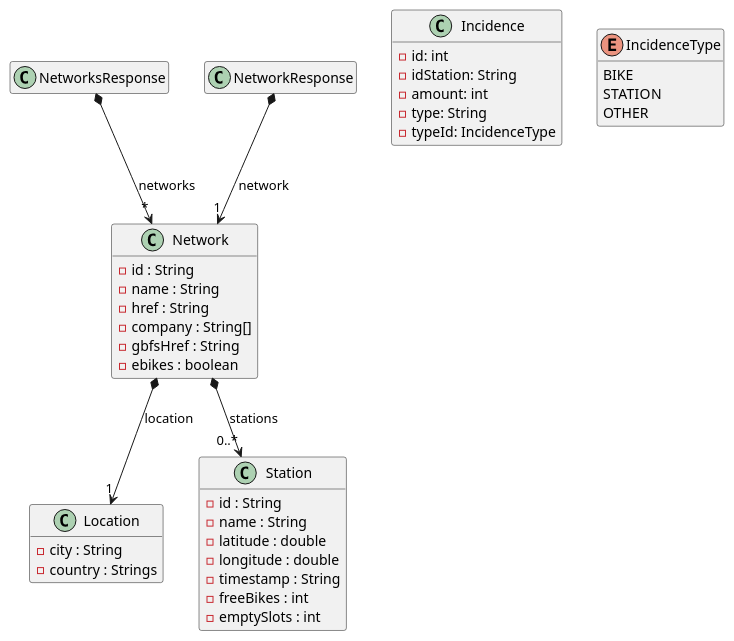
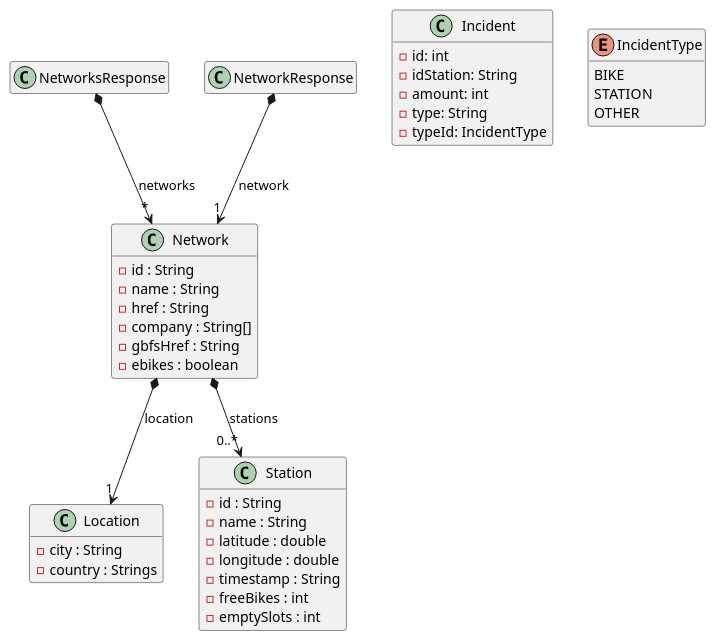
Before and after one commit to isunican/App-Bicis-Grupo1: the diagram in Docs/Models/domain.puml, drawn with PlantUML.

Commit message:
Corregido nombre en el diagrama de dominio

```diff
--- a/Docs/Models/domain.puml
+++ b/Docs/Models/domain.puml
@@ -1,56 +1,56 @@
 @startuml
 
 hide empty members
 
 class Network {
     - id : String
     - name : String
     - href : String
     - company : String[]
     - gbfsHref : String
     - ebikes : boolean
 }
 
 class Location {
     - city : String
     - country : Strings
 }
 
 class NetworksResponse {
 
 }
 
 class NetworkResponse {
     
 }
 
 class Station {
     - id : String
     - name : String
     - latitude : double
     - longitude : double
     - timestamp : String
     - freeBikes : int
     - emptySlots : int
 }
 
-class Incidence {
+class Incident {
     - id: int
     - idStation: String
     - amount: int
     - type: String
-    - typeId: IncidenceType
+    - typeId: IncidentType
 }
 
-enum IncidenceType {
+enum IncidentType {
     BIKE
     STATION
     OTHER
 }
 
 Network *--> "1" Location : location
 Network *--> "0..*" Station : stations
 NetworksResponse *--> "*" Network : networks
 NetworkResponse *--> "1" Network : network
 
 @enduml
```
